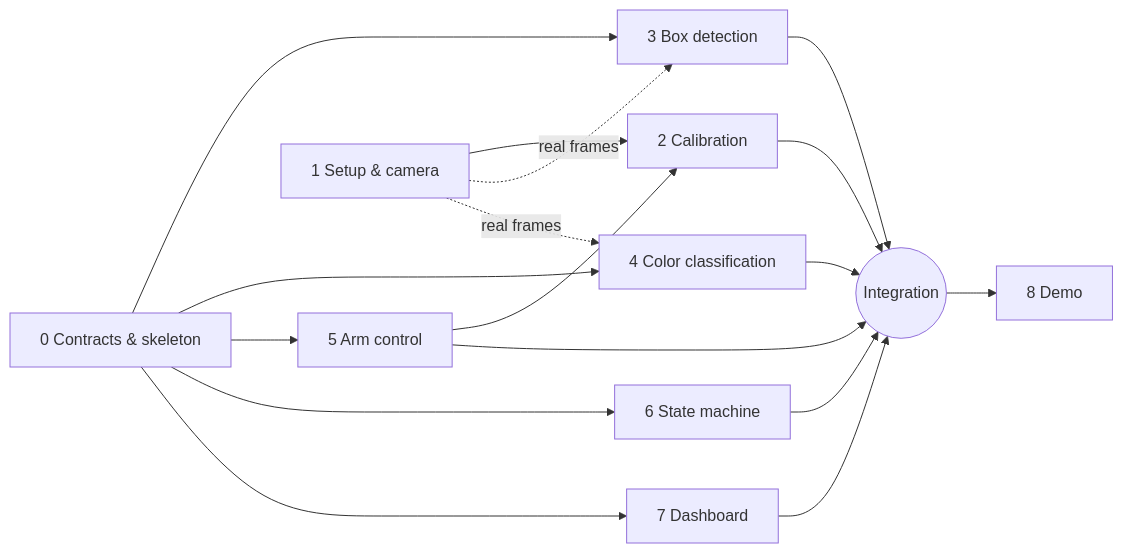
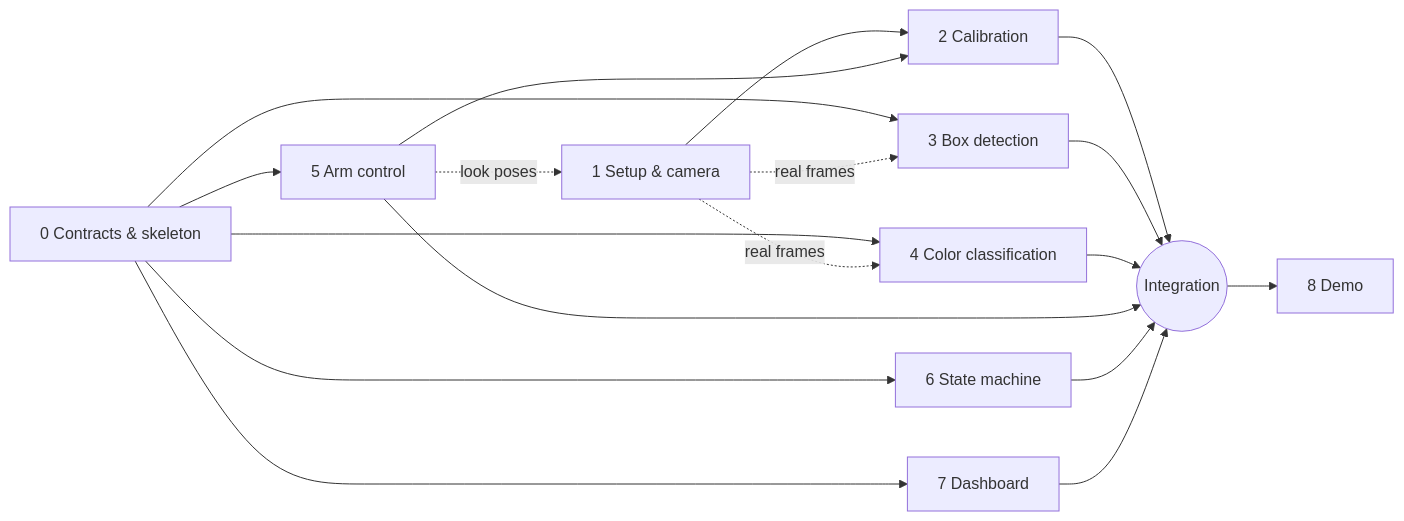
One commit to anka335/Alien-Bazaar-Hackaton changed the diagram in docs/plan.md. Above: the diagram before and after it, drawn with Mermaid. The commit also changed other lines of this file and 13 other files, not shown here.

````diff
--- a/docs/plan.md
+++ b/docs/plan.md
@@ -22,19 +22,20 @@
 ```mermaid
 graph LR
   B0[0 Contracts & skeleton] --> B3[3 Box detection]
   B0 --> B4[4 Color classification]
   B0 --> B5[5 Arm control]
   B0 --> B6[6 State machine]
   B0 --> B7[7 Dashboard]
   B1[1 Setup & camera] --> B2[2 Calibration]
   B5 --> B2
+  B5 -. look poses .-> B1
   B1 -. real frames .-> B3
   B1 -. real frames .-> B4
   B2 --> INT((Integration))
   B3 --> INT
   B4 --> INT
   B5 --> INT
   B6 --> INT
   B7 --> INT
   INT --> B8[8 Demo]
 ```
````
